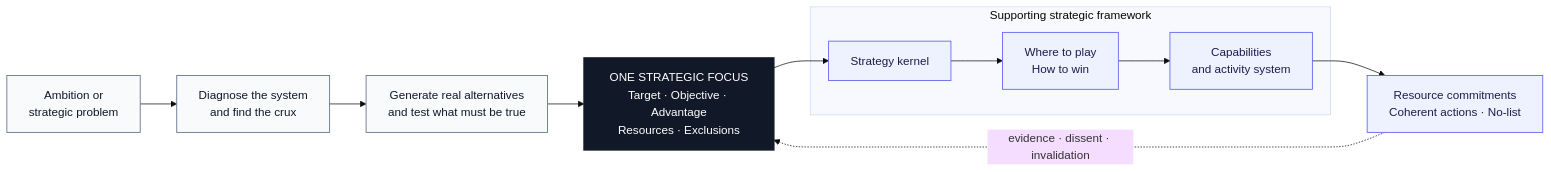
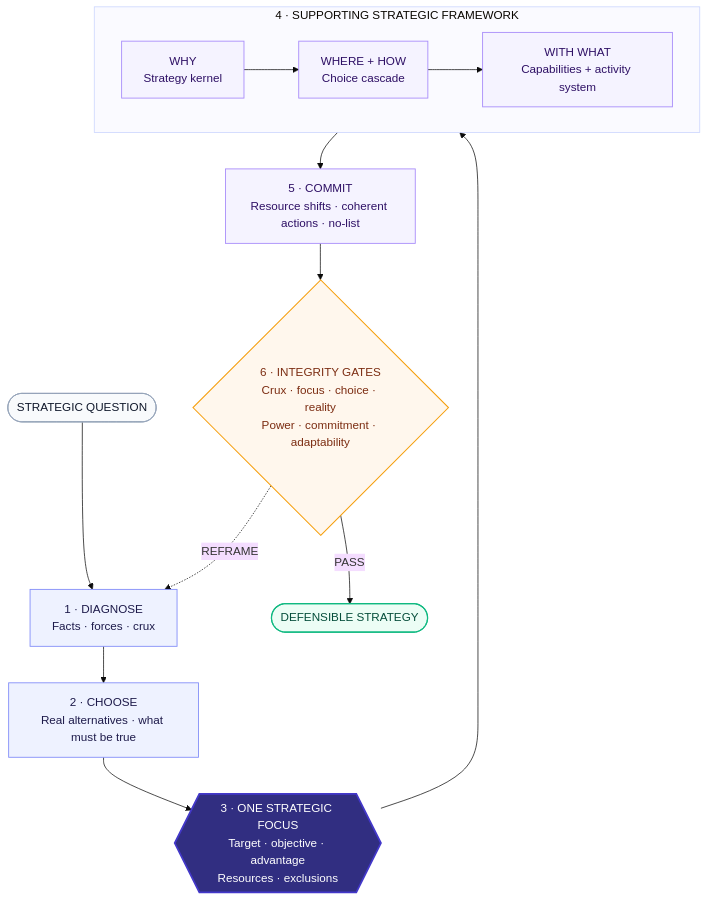
The diagram in README.md (ZepinLi/formulate-strategy), drawn with Mermaid (base theme) before and after one commit. The commit also changed other lines of this file, not shown here.

Commit message:
Refine strategy architecture diagram

````diff
--- a/README.md
+++ b/README.md
@@ -7,22 +7,32 @@
 ```mermaid
-flowchart LR
-    A["Ambition or<br/>strategic problem"] --> B["Diagnose the system<br/>and find the crux"]
-    B --> C["Generate real alternatives<br/>and test what must be true"]
-    C --> F["ONE STRATEGIC FOCUS<br/>Target · Objective · Advantage<br/>Resources · Exclusions"]
+flowchart TB
+    Q(["STRATEGIC QUESTION"]) --> D["1 · DIAGNOSE<br/>Facts · forces · crux"]
+    D --> A["2 · CHOOSE<br/>Real alternatives · what must be true"]
+    A --> F{{"3 · ONE STRATEGIC FOCUS<br/>Target · objective · advantage<br/>Resources · exclusions"}}
 
-    subgraph S["Supporting strategic framework"]
-        K["Strategy kernel"] --> W["Where to play<br/>How to win"]
-        W --> P["Capabilities<br/>and activity system"]
+    F --> K
+    subgraph FRAME["4 · SUPPORTING STRATEGIC FRAMEWORK"]
+        direction LR
+        K["WHY<br/>Strategy kernel"] --> W["WHERE + HOW<br/>Choice cascade"]
+        W --> P["WITH WHAT<br/>Capabilities + activity system"]
     end
 
-    F --> K
-    P --> R["Resource commitments<br/>Coherent actions · No-list"]
-    R -. "evidence · dissent · invalidation" .-> F
+    P --> R["5 · COMMIT<br/>Resource shifts · coherent actions · no-list"]
+    R --> G{"6 · INTEGRITY GATES<br/>Crux · focus · choice · reality<br/>Power · commitment · adaptability"}
+    G -- "PASS" --> S(["DEFENSIBLE STRATEGY"])
+    G -. "REFRAME" .-> D
 
-    classDef input fill:#F8FAFC,stroke:#64748B,color:#0F172A,stroke-width:1.2px;
-    classDef focus fill:#111827,stroke:#111827,color:#FFFFFF,stroke-width:2px;
-    classDef support fill:#EEF2FF,stroke:#6366F1,color:#1E1B4B,stroke-width:1.2px;
-    class A,B,C input;
+    classDef origin fill:#F8FAFC,stroke:#94A3B8,color:#0F172A,stroke-width:1.2px;
+    classDef process fill:#EEF2FF,stroke:#818CF8,color:#1E1B4B,stroke-width:1.2px;
+    classDef focus fill:#312E81,stroke:#4338CA,color:#FFFFFF,stroke-width:2.4px;
+    classDef support fill:#F5F3FF,stroke:#A78BFA,color:#2E1065,stroke-width:1.2px;
+    classDef gate fill:#FFF7ED,stroke:#F59E0B,color:#7C2D12,stroke-width:1.4px;
+    classDef result fill:#ECFDF5,stroke:#10B981,color:#064E3B,stroke-width:1.6px;
+    class Q origin;
+    class D,A process;
     class F focus;
     class K,W,P,R support;
+    class G gate;
+    class S result;
+    style FRAME fill:#FAFAFF,stroke:#C7D2FE,stroke-width:1px
 ```
````
